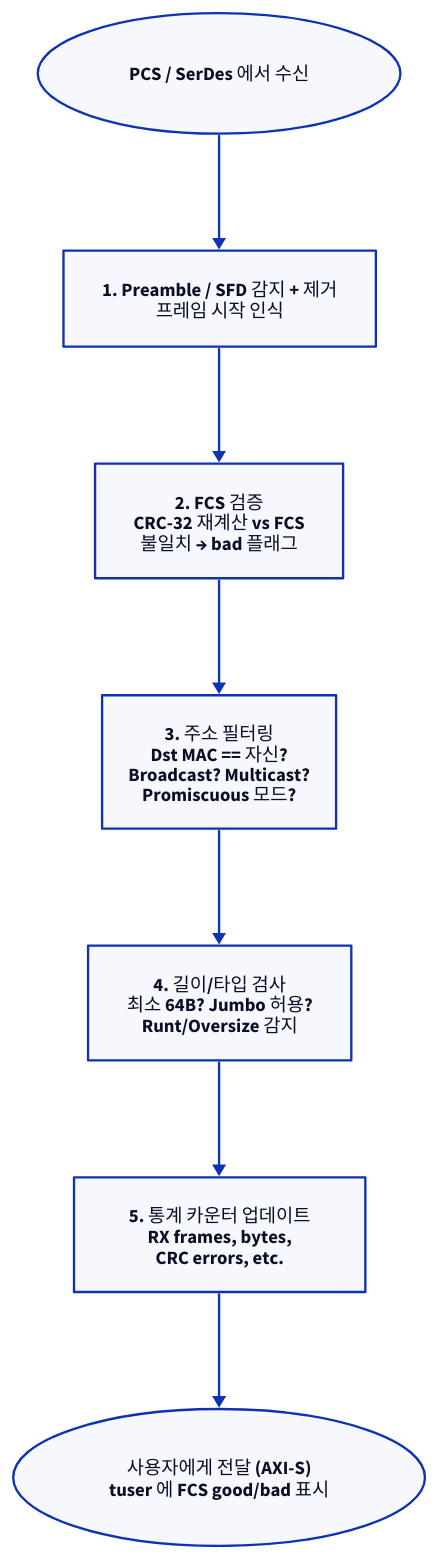
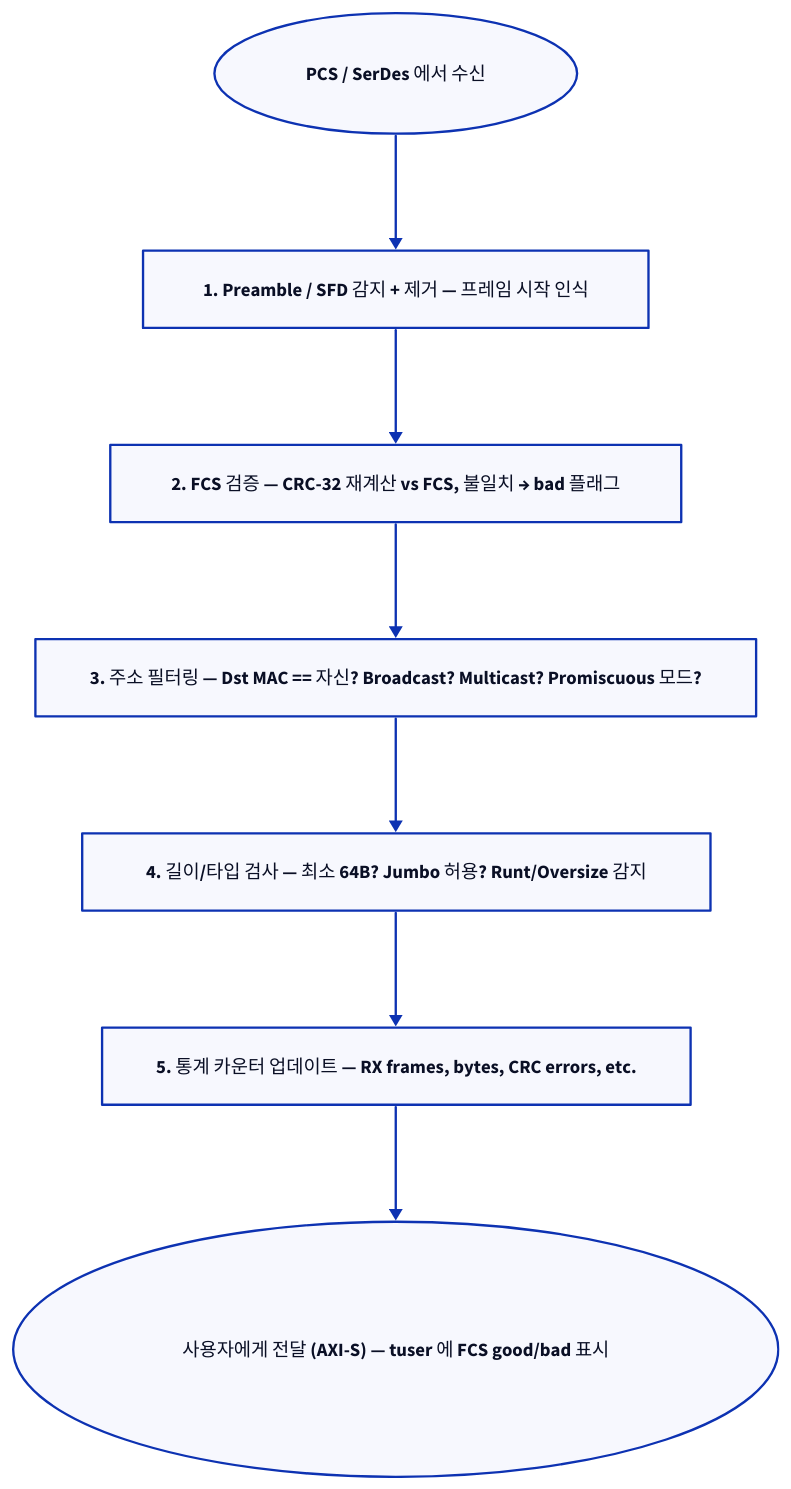
The fifth of 7 diagrams in topics/ethernet_dcmac/docs/02_dcmac_architecture.md (humbleowl39/DV_SKOOL), drawn with D2 before and after one commit. The commit also changed other lines of this file and 90 other files, not shown here.

First line of the commit message:
docs: 전 토픽 다이어그램 정비 — ASCII→D2, mermaid→D2, 과대 D2 가시성 수정

````diff
--- a/topics/ethernet_dcmac/docs/02_dcmac_architecture.md
+++ b/topics/ethernet_dcmac/docs/02_dcmac_architecture.md
@@ -386,17 +387,17 @@
 ```d2
 direction: down
 
 IN: "PCS / SerDes 에서 수신" { shape: oval }
-R1: "1. Preamble / SFD 감지 + 제거\n프레임 시작 인식"
-R2: "2. FCS 검증\nCRC-32 재계산 vs FCS\n불일치 → bad 플래그"
-R3: "3. 주소 필터링\nDst MAC == 자신?\nBroadcast? Multicast?\nPromiscuous 모드?"
-R4: "4. 길이/타입 검사\n최소 64B? Jumbo 허용?\nRunt/Oversize 감지"
-R5: "5. 통계 카운터 업데이트\nRX frames, bytes,\nCRC errors, etc."
-OUT: "사용자에게 전달 (AXI-S)\ntuser 에 FCS good/bad 표시" { shape: oval }
+R1: "1. Preamble / SFD 감지 + 제거 — 프레임 시작 인식"
+R2: "2. FCS 검증 — CRC-32 재계산 vs FCS, 불일치 → bad 플래그"
+R3: "3. 주소 필터링 — Dst MAC == 자신? Broadcast? Multicast? Promiscuous 모드?"
+R4: "4. 길이/타입 검사 — 최소 64B? Jumbo 허용? Runt/Oversize 감지"
+R5: "5. 통계 카운터 업데이트 — RX frames, bytes, CRC errors, etc."
+OUT: "사용자에게 전달 (AXI-S) — tuser 에 FCS good/bad 표시" { shape: oval }
 IN -> R1
 R1 -> R2
 R2 -> R3
 R3 -> R4
 R4 -> R5
 R5 -> OUT
 ```
````
